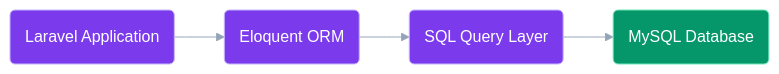
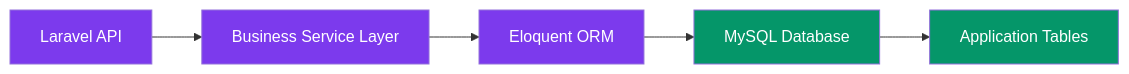
Diagram 13 of 26 in documentation/03-system-architecture.md (kupiMZS/CareerIQ-AI), drawn with Mermaid before and after one commit. The commit also changed other lines of this file and 9 other files, not shown here.

Commit message:
docs: finalize complete system documentation and architecture foundation

````diff
--- a/documentation/03-system-architecture.md
+++ b/documentation/03-system-architecture.md
@@ -962,45 +1900,40 @@
 ```mermaid
-%%{init:{
-'theme':'base',
-'themeVariables':{
-'fontFamily':'Inter',
-'lineColor':'#94A3B8'
-}
-}}%%
-
-
 flowchart LR
 
 
-APPLICATION("Laravel Application")
+API["Laravel API"]
 
 
-ORM("Eloquent ORM")
+SERVICE["Business Service Layer"]
 
 
-QUERY("SQL Query Layer")
+ORM["Eloquent ORM"]
 
 
-MYSQL("MySQL Database")
+MYSQL["MySQL Database"]
+
+
+TABLES["Application Tables"]
 
 
 
-APPLICATION --> ORM
+API --> SERVICE
 
-ORM --> QUERY
+SERVICE --> ORM
 
-QUERY --> MYSQL
+ORM --> MYSQL
+
+MYSQL --> TABLES
 
 
 
-classDef backend fill:#7C3AED,stroke:#C4B5FD,color:#FFFFFF;
+classDef backend fill:#7C3AED,color:white;
 
-classDef database fill:#059669,stroke:#6EE7B7,color:#FFFFFF;
+classDef database fill:#059669,color:white;
 
 
+class API,SERVICE,ORM backend;
 
-class APPLICATION,ORM,QUERY backend;
-
-class MYSQL database;
+class MYSQL,TABLES database;
 
 ```
````
